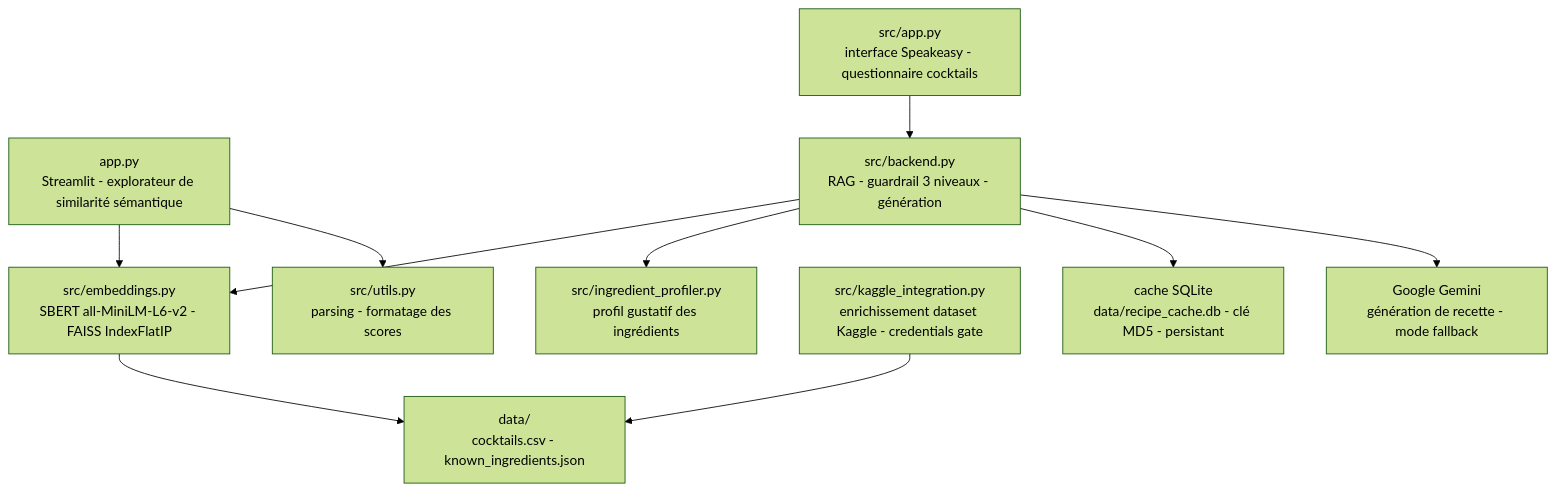
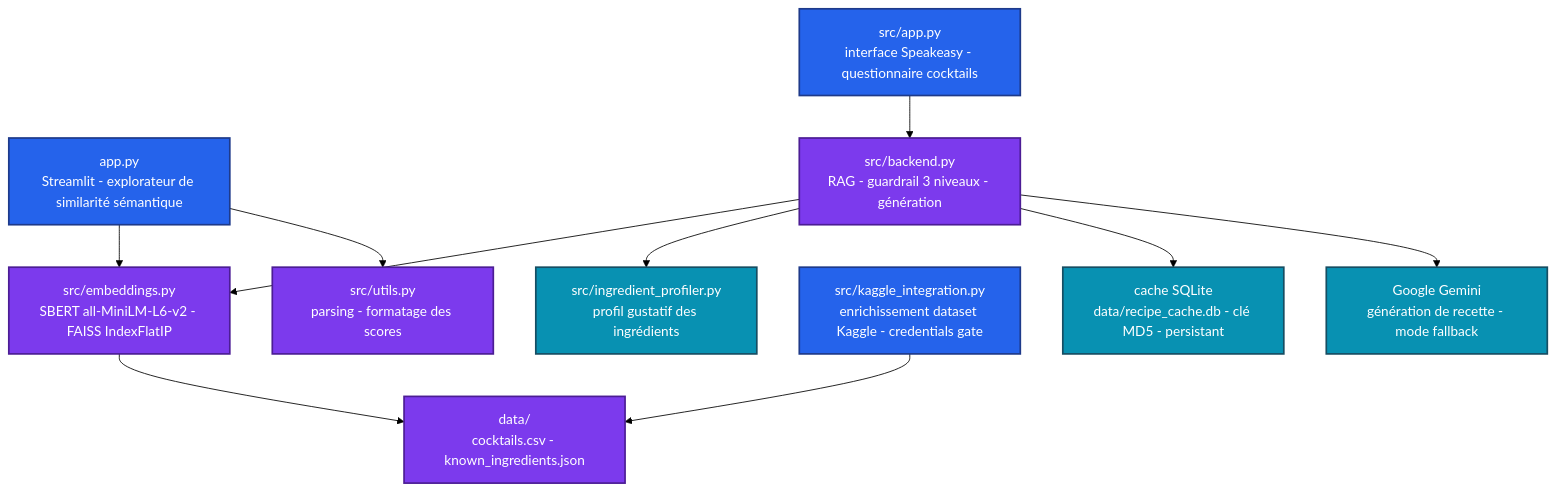
One commit to Adam-Blf/ia-pero changed the diagram in README.md. Above: the diagram before and after it, drawn with Mermaid (forest theme).

Commit message:
docs: add colors to mermaid diagrams (#9)
Each node gets a palette class (by subgraph or by flow depth), subgraphs are tinted, non-flowchart diagrams use a colored base theme. Validated by rendering every diagram before and after.

````diff
--- a/README.md
+++ b/README.md
@@ -26,23 +26,30 @@
 ```mermaid
 flowchart TB
     Entry["app.py<br/>Streamlit - explorateur de similarité sémantique"]
     Speak["src/app.py<br/>interface Speakeasy - questionnaire cocktails"]
     Backend["src/backend.py<br/>RAG - guardrail 3 niveaux - génération"]
     Embed["src/embeddings.py<br/>SBERT all-MiniLM-L6-v2 - FAISS IndexFlatIP"]
     Profiler["src/ingredient_profiler.py<br/>profil gustatif des ingrédients"]
     Utils["src/utils.py<br/>parsing - formatage des scores"]
     Kaggle["src/kaggle_integration.py<br/>enrichissement dataset Kaggle - credentials gate"]
     Data["data/<br/>cocktails.csv - known_ingredients.json"]
     Gemini["Google Gemini<br/>génération de recette - mode fallback"]
     Cache["cache SQLite<br/>data/recipe_cache.db - clé MD5 - persistant"]
 
     Entry --> Embed
     Entry --> Utils
     Speak --> Backend
     Backend --> Embed
     Backend --> Profiler
     Backend --> Cache
     Backend --> Gemini
     Embed --> Data
     Kaggle --> Data
+
+    classDef c0 fill:#2563eb,stroke:#1e3a8a,stroke-width:2px,color:#ffffff
+    classDef c1 fill:#7c3aed,stroke:#4c1d95,stroke-width:2px,color:#ffffff
+    classDef c2 fill:#0891b2,stroke:#164e63,stroke-width:2px,color:#ffffff
+    class Entry,Speak,Kaggle c0
+    class Backend,Embed,Utils,Data c1
+    class Profiler,Gemini,Cache c2
 ```
````
